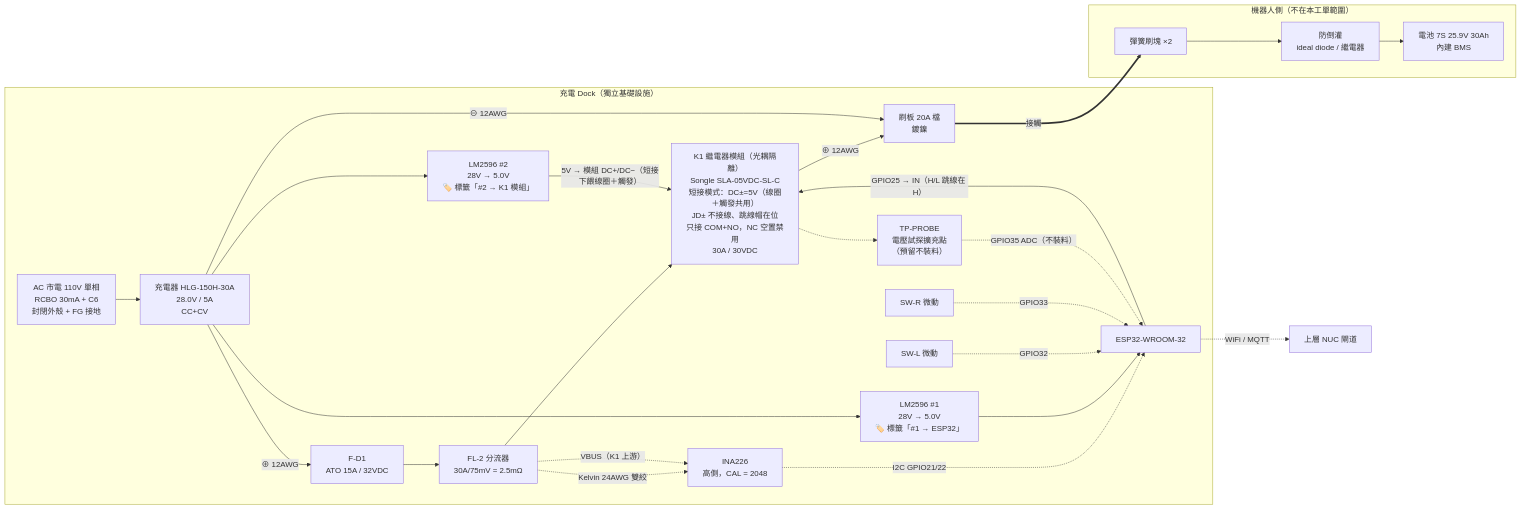
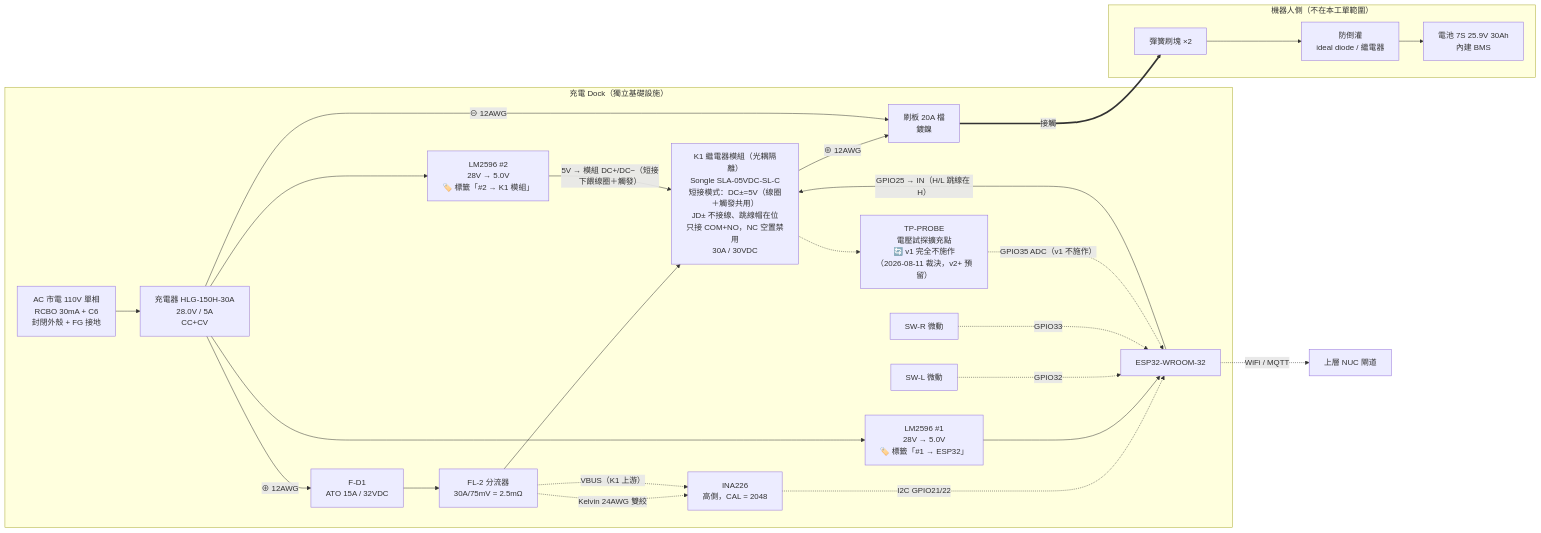
One commit to liang0929/delivery_robot changed the first of 2 diagrams in docs/charging_dock_design.md. Above: the diagram before and after it, drawn with Mermaid. The commit also changed other lines of this file, not shown here.

First line of the commit message:
docs(charging_dock): J3 試探排針圖面已刪—文件全文跟上，v1 不施作

````diff
--- a/docs/charging_dock_design.md
+++ b/docs/charging_dock_design.md
@@ -89,40 +93,40 @@
 ```mermaid
 flowchart LR
     subgraph DOCK["充電 Dock（獨立基礎設施）"]
         AC["AC 市電 110V 單相<br/>RCBO 30mA + C6<br/>封閉外殼 + FG 接地"]
         CHG["充電器 HLG-150H-30A<br/>28.0V / 5A<br/>CC+CV"]
         FD1["F-D1<br/>ATO 15A / 32VDC"]
         SH["FL-2 分流器<br/>30A/75mV = 2.5mΩ"]
         K1["K1 繼電器模組（光耦隔離）<br/>Songle SLA-05VDC-SL-C<br/>短接模式：DC±=5V（線圈＋觸發共用）<br/>JD± 不接線、跳線帽在位<br/>只接 COM+NO，NC 空置禁用<br/>30A / 30VDC"]
         BR["刷板 20A 檔<br/>鍍鎳"]
         INA["INA226<br/>高側，CAL = 2048"]
         ESP["ESP32-WROOM-32"]
         BK1["LM2596 #1<br/>28V → 5.0V<br/>🏷️ 標籤「#1 → ESP32」"]
         BK2["LM2596 #2<br/>28V → 5.0V<br/>🏷️ 標籤「#2 → K1 模組」"]
         SWL["SW-L 微動"]
         SWR["SW-R 微動"]
-        TP["TP-PROBE<br/>電壓試探擴充點<br/>（預留不裝料）"]
+        TP["TP-PROBE<br/>電壓試探擴充點<br/>🔄 v1 完全不施作<br/>（2026-08-11 裁決，v2+ 預留）"]
     end
 
     subgraph ROBOT["機器人側（不在本工單範圍）"]
         BRUSH["彈簧刷塊 ×2"]
         AD["防倒灌<br/>ideal diode / 繼電器"]
         BAT["電池 7S 25.9V 30Ah<br/>內建 BMS"]
     end
 
     AC --> CHG
     CHG -->|"⊕ 12AWG"| FD1 --> SH --> K1 -->|"⊕ 12AWG"| BR
     CHG -->|"⊖ 12AWG"| BR
     SH -.->|"Kelvin 24AWG 雙絞"| INA
     SH -.->|"VBUS（K1 上游）"| INA
     INA -.->|"I2C GPIO21/22"| ESP
     CHG --> BK1 --> ESP
     CHG --> BK2 -->|"5V → 模組 DC+/DC−（短接下餵線圈＋觸發）"| K1
     ESP -->|"GPIO25 → IN（H/L 跳線在 H）"| K1
     SWL -.->|"GPIO32"| ESP
     SWR -.->|"GPIO33"| ESP
     K1 -.-> TP
-    TP -.->|"GPIO35 ADC（不裝料）"| ESP
+    TP -.->|"GPIO35 ADC（v1 不施作）"| ESP
     BR ==>|"接觸"| BRUSH --> AD --> BAT
     ESP -.->|"WiFi / MQTT"| NUC["上層 NUC 閘道"]
 ```
````
